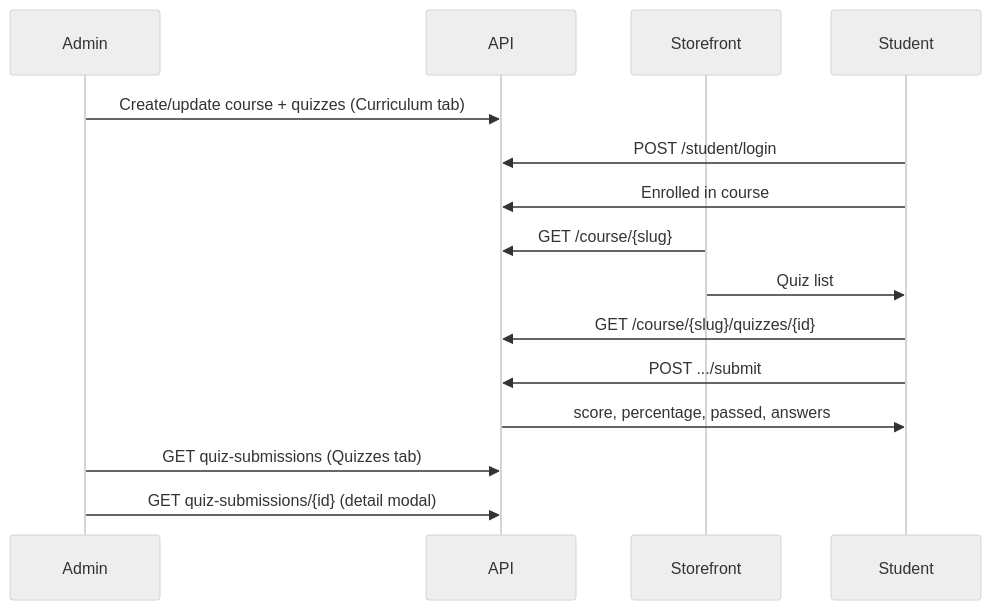
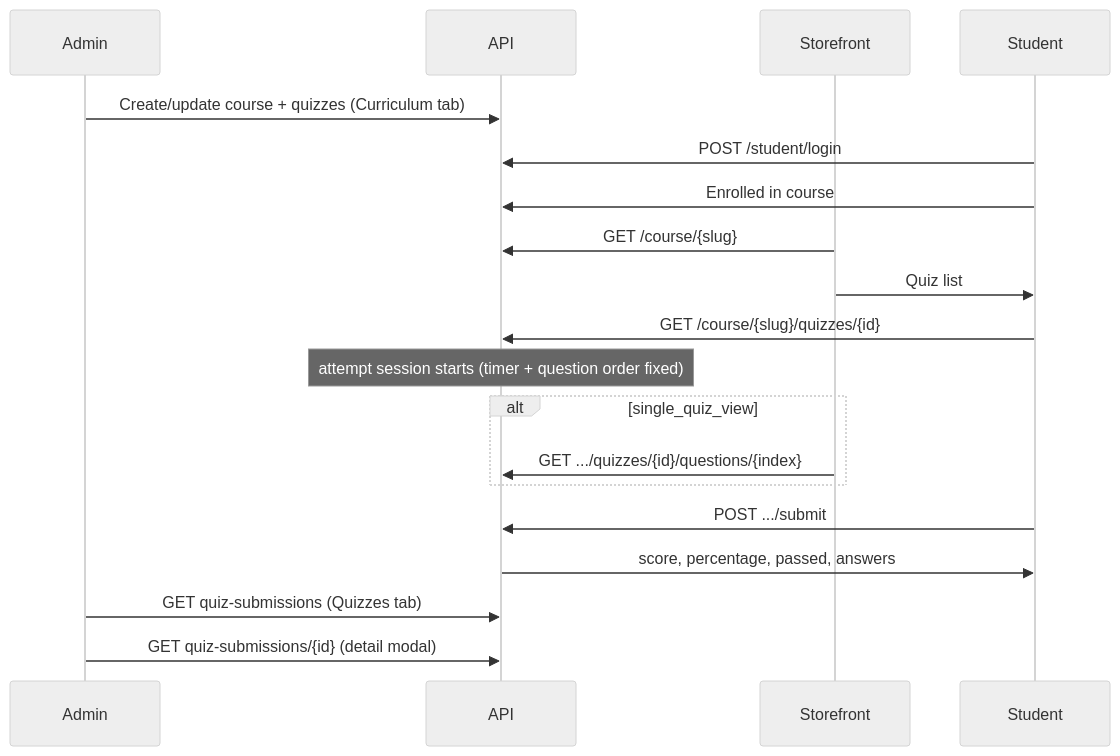
Before and after one commit to faisalbhxyz/lurnic-monorepo-vercel: the diagram in docs/QUIZ_STOREFRONT_API.md, drawn with Mermaid (neutral theme). The commit also changed other lines of this file and 12 other files, not shown here.

First line of the commit message:
Fix quiz admin UX and enforce attempt settings server-side.

````diff
--- a/docs/QUIZ_STOREFRONT_API.md
+++ b/docs/QUIZ_STOREFRONT_API.md
@@ -32,18 +33,22 @@
 ```mermaid
 sequenceDiagram
   participant Admin
   participant API
   participant Storefront
   participant Student
 
   Admin->>API: Create/update course + quizzes (Curriculum tab)
   Student->>API: POST /student/login
   Student->>API: Enrolled in course
   Storefront->>API: GET /course/{slug}
   Storefront->>Student: Quiz list
   Student->>API: GET /course/{slug}/quizzes/{id}
+  Note over API: attempt session starts (timer + question order fixed)
+  alt single_quiz_view
+    Storefront->>API: GET .../quizzes/{id}/questions/{index}
+  end
   Student->>API: POST .../submit
   API->>Student: score, percentage, passed, answers
   Admin->>API: GET quiz-submissions (Quizzes tab)
   Admin->>API: GET quiz-submissions/{id} (detail modal)
 ```
````
